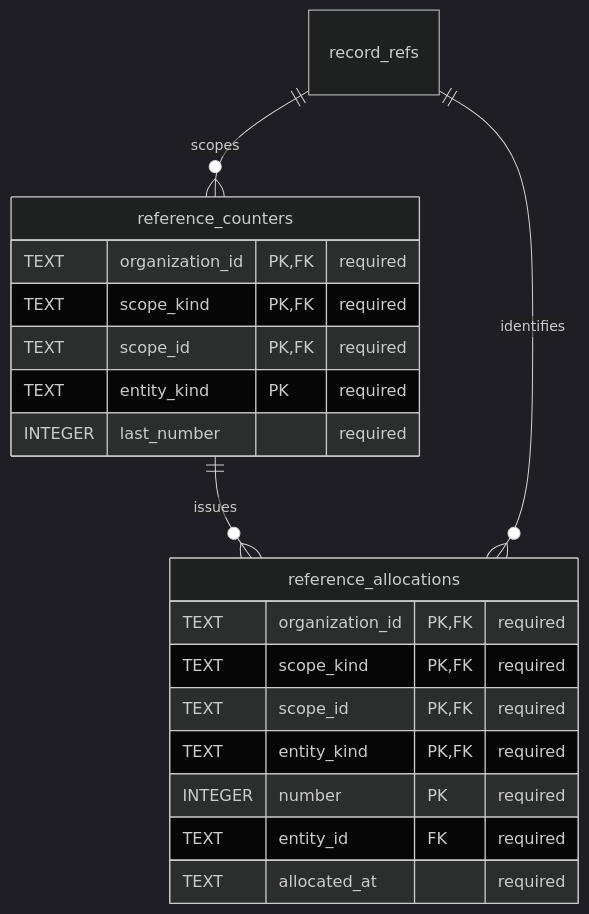
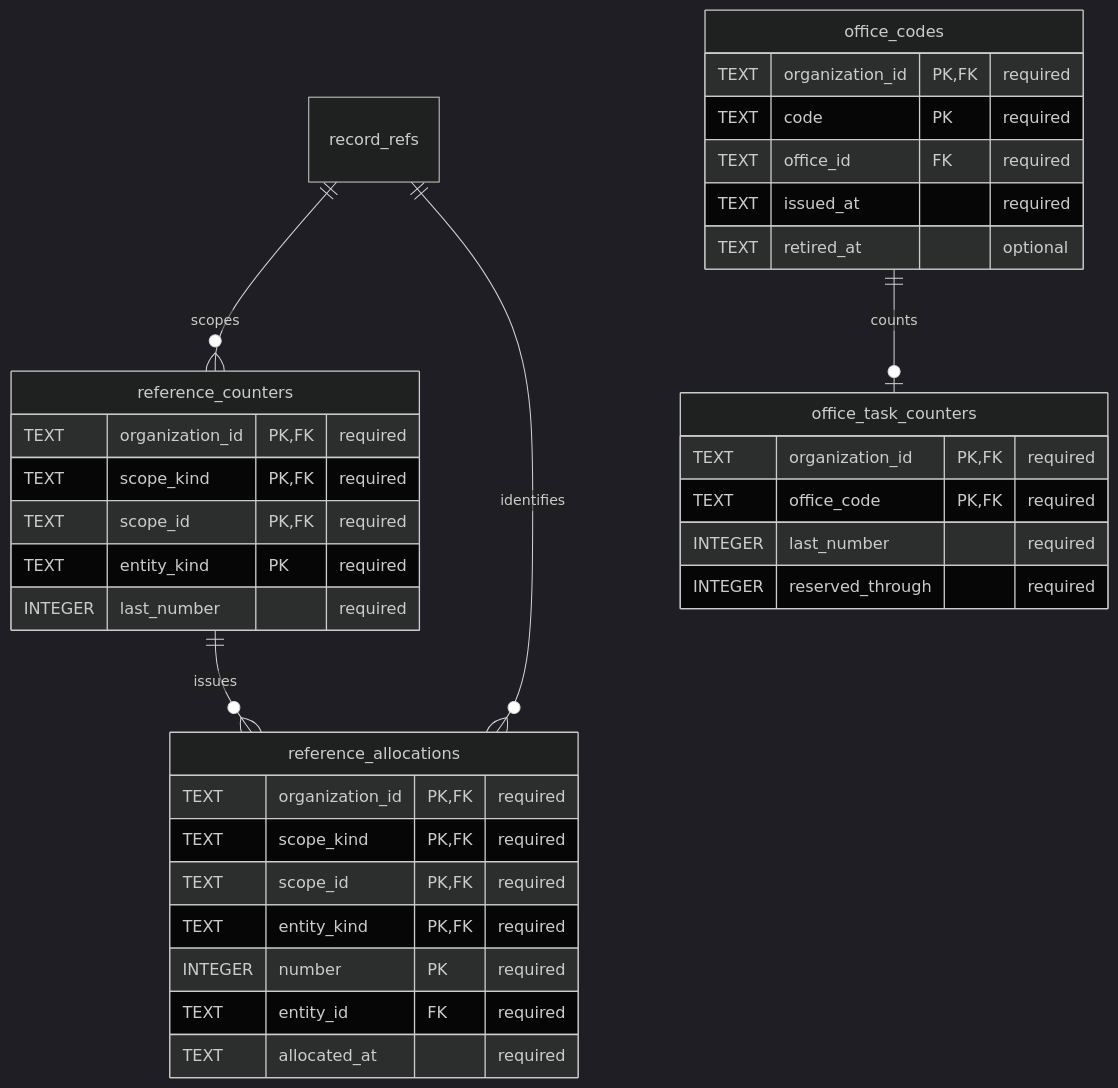
Before and after one commit to vgmello/agentic-org: the diagram in docs/design/organization-data/06-identity-and-numbering.md, drawn with Mermaid (dark theme). The commit also changed other lines of this file and 48 other files, not shown here.

First line of the commit message:
docs: office-minted task numbers, UUIDv7 IDs and no external channels (owner decisions)

````diff
--- a/docs/design/organization-data/06-identity-and-numbering.md
+++ b/docs/design/organization-data/06-identity-and-numbering.md
@@ -83,22 +108,36 @@
 ```mermaid
 erDiagram
     record_refs ||--o{ reference_counters : scopes
     reference_counters ||--o{ reference_allocations : issues
     record_refs ||--o{ reference_allocations : identifies
+    office_codes ||--o| office_task_counters : counts
     reference_counters {
         TEXT organization_id PK, FK "required"
         TEXT scope_kind PK, FK "required"
         TEXT scope_id PK, FK "required"
         TEXT entity_kind PK "required"
         INTEGER last_number "required"
     }
     reference_allocations {
         TEXT organization_id PK, FK "required"
         TEXT scope_kind PK, FK "required"
         TEXT scope_id PK, FK "required"
         TEXT entity_kind PK, FK "required"
         INTEGER number PK "required"
         TEXT entity_id FK "required"
         TEXT allocated_at "required"
     }
+    office_codes {
+        TEXT organization_id PK, FK "required"
+        TEXT code PK "required"
+        TEXT office_id FK "required"
+        TEXT issued_at "required"
+        TEXT retired_at "optional"
+    }
+    office_task_counters {
+        TEXT organization_id PK, FK "required"
+        TEXT office_code PK, FK "required"
+        INTEGER last_number "required"
+        INTEGER reserved_through "required"
+    }
 ```
````
